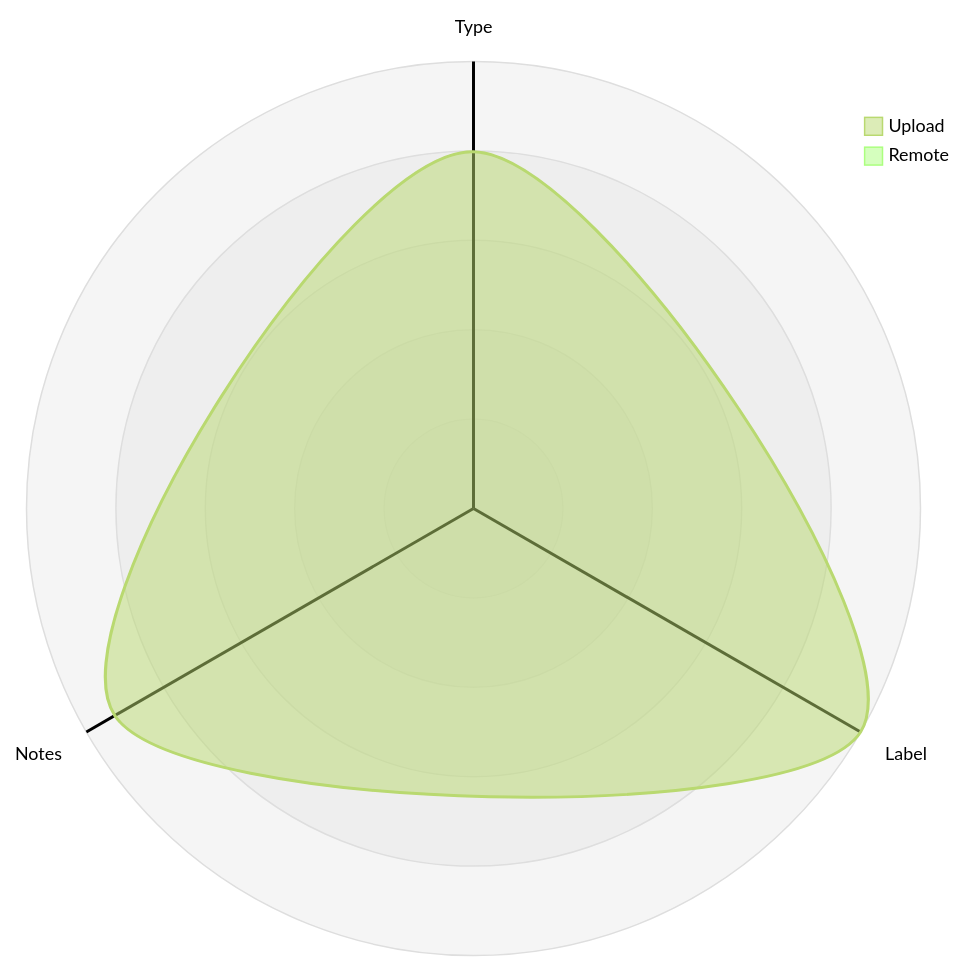
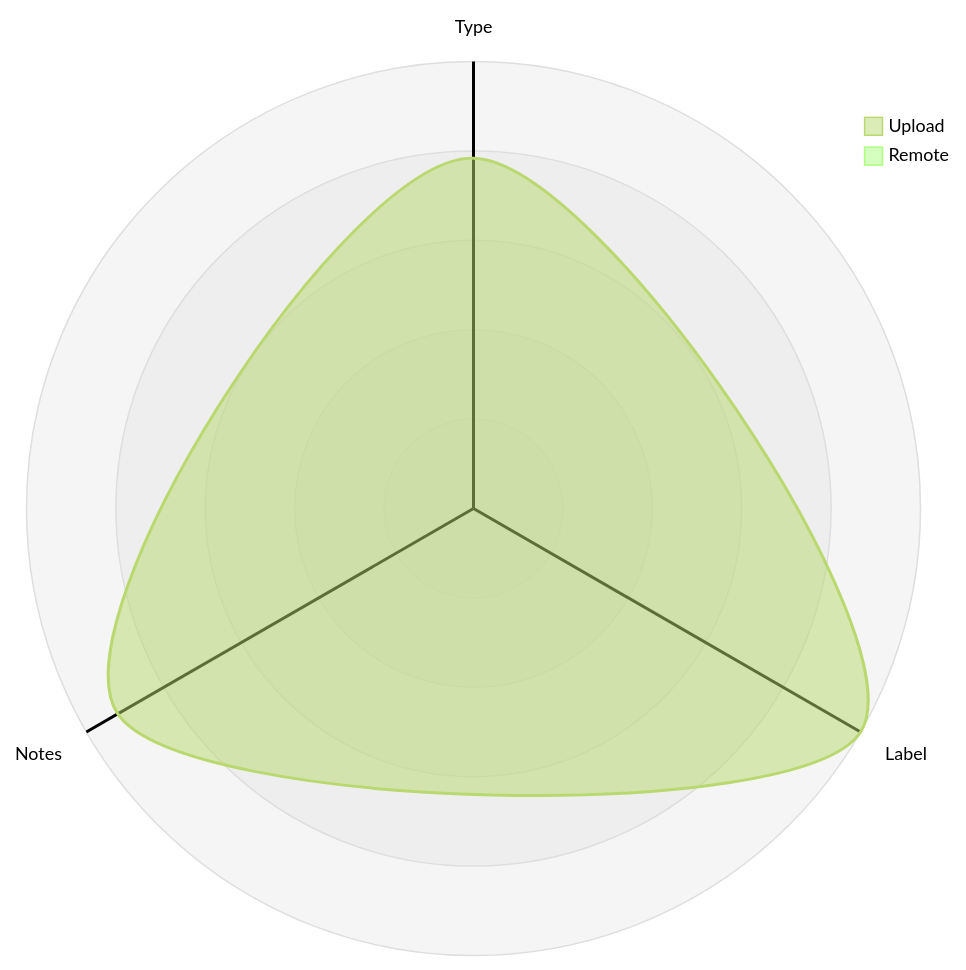
The third of 5 diagrams in datastore_tracker/README.md (open-data/analytics-corporate-reporting), drawn with Mermaid (forest theme) before and after one commit. The commit also changed other lines of this file and 9 other files, not shown here.

````diff
--- a/datastore_tracker/README.md
+++ b/datastore_tracker/README.md
@@ -107,12 +107,12 @@
 ```mermaid
 radar-beta
   axis T["Type"], L["Label"], N["Notes"]
-  curve u["Upload"]{0.00087, 0.00109, 0.00101}
+  curve u["Upload"]{0.00087, 0.00111, 0.00102}
   curve r["Remote"]{0, 0, 0}
 
   showLegend true
 
   min 0
   graticule circle
   ticks 5
 ```
````
